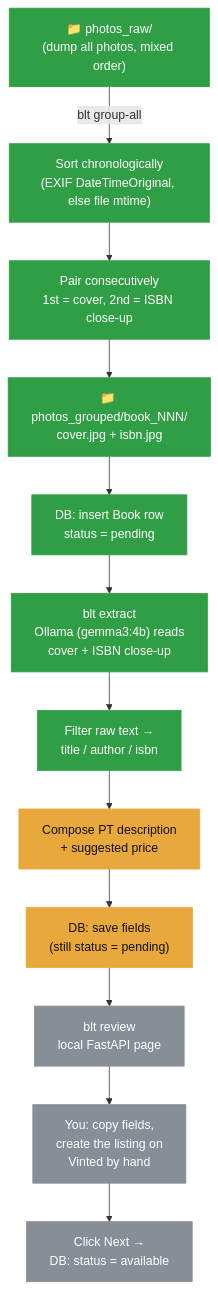
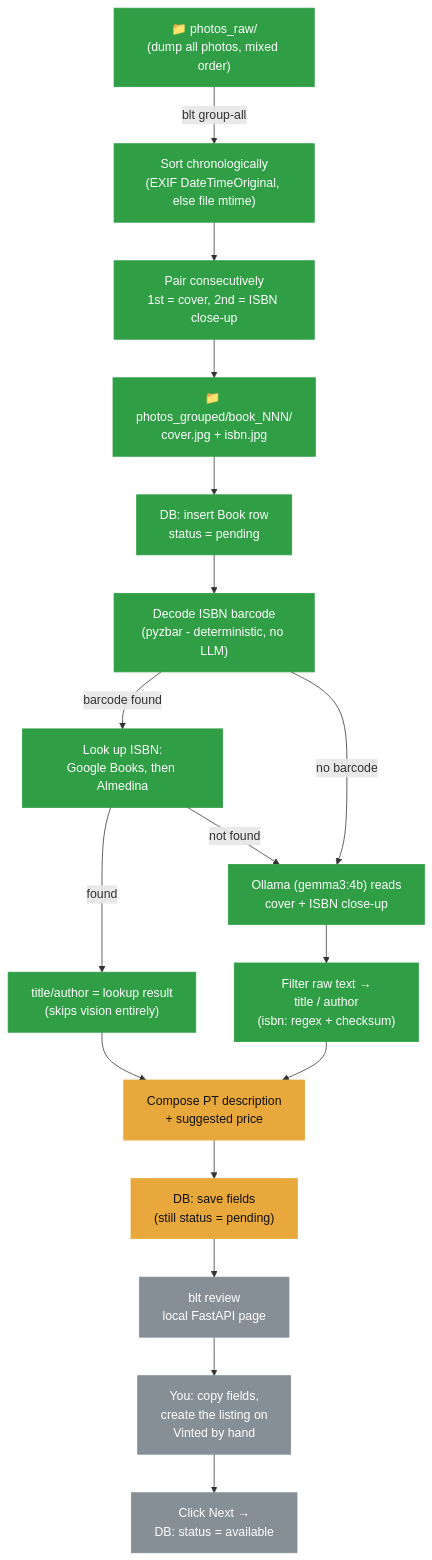
One commit to gab-es21/book-listing-automation changed the diagram in README.md. Above: the diagram before and after it, drawn with Mermaid. The commit also changed other lines of this file and 12 other files, not shown here.

First line of the commit message:
ISBN-first extraction: barcode decode + Google Books/Almedina lookup

````diff
--- a/README.md
+++ b/README.md
@@ -13,25 +13,31 @@
 ```mermaid
 flowchart TD
     A["📁 photos_raw/\n(dump all photos, mixed order)"] -->|"blt group-all"| B["Sort chronologically\n(EXIF DateTimeOriginal, else file mtime)"]
     B --> C["Pair consecutively\n1st = cover, 2nd = ISBN close-up"]
     C --> D["📁 photos_grouped/book_NNN/\ncover.jpg + isbn.jpg"]
     D --> E["DB: insert Book row\nstatus = pending"]
 
-    E --> F["blt extract\nOllama (gemma3:4b) reads\ncover + ISBN close-up"]
-    F --> G["Filter raw text →\ntitle / author / isbn"]
-    G --> H["Compose PT description\n+ suggested price"]
-    H --> I["DB: save fields\n(still status = pending)"]
+    E --> F["Decode ISBN barcode\n(pyzbar - deterministic, no LLM)"]
+    F -->|"barcode found"| G["Look up ISBN:\nGoogle Books, then Almedina"]
+    G -->|"found"| H1["title/author = lookup result\n(skips vision entirely)"]
+    G -->|"not found"| F2
+    F -->|"no barcode"| F2["Ollama (gemma3:4b) reads\ncover + ISBN close-up"]
+    F2 --> G2["Filter raw text →\ntitle / author\n(isbn: regex + checksum)"]
 
-    I --> J["blt review\nlocal FastAPI page"]
-    J --> K["You: copy fields,\ncreate the listing on\nVinted by hand"]
-    K --> L["Click Next →\nDB: status = available"]
+    H1 --> I["Compose PT description\n+ suggested price"]
+    G2 --> I
+    I --> J["DB: save fields\n(still status = pending)"]
 
-    class A,B,C,D,E,F done
-    class G done
-    class H,I building
-    class J,K,L todo
+    J --> K["blt review\nlocal FastAPI page"]
+    K --> L["You: copy fields,\ncreate the listing on\nVinted by hand"]
+    L --> M["Click Next →\nDB: status = available"]
+
+    class A,B,C,D,E,F,G,H1,F2,G2 done
+    class I building
+    class J building
+    class K,L,M todo
 
     classDef done fill:#2f9e44,color:#fff,stroke:#2f9e44
     classDef building fill:#e8a83b,color:#111,stroke:#e8a83b
     classDef todo fill:#868e96,color:#fff,stroke:#868e96
 ```
````
